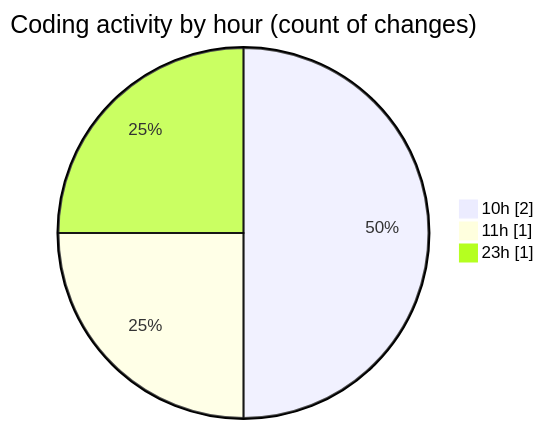
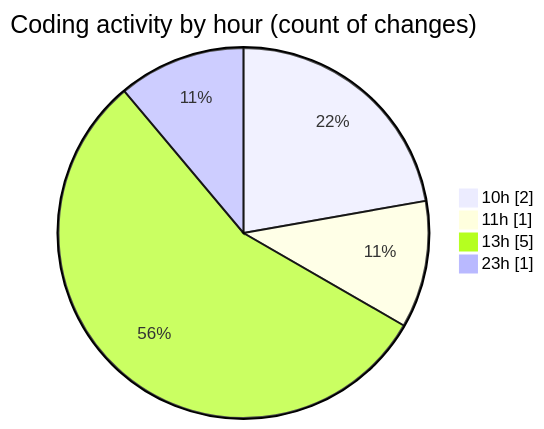
Before and after one commit to Elitesun/code-tracking: the second of 2 diagrams in 2025-05-26/elitesun/README.md, drawn with Mermaid. The commit also changed other lines of this file and 1 other file, not shown here.

````diff
--- a/2025-05-26/elitesun/README.md
+++ b/2025-05-26/elitesun/README.md
@@ -31,7 +35,8 @@
 ```mermaid
 pie showData
 title Coding activity by hour (count of changes)
 "10h" : 2
 "11h" : 1
+"13h" : 5
 "23h" : 1
 ```
````
